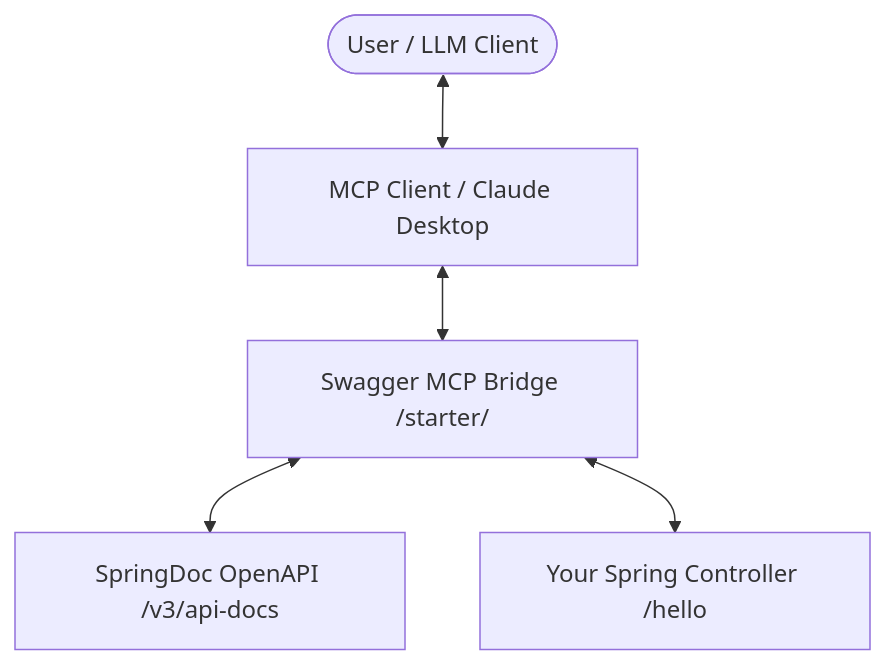
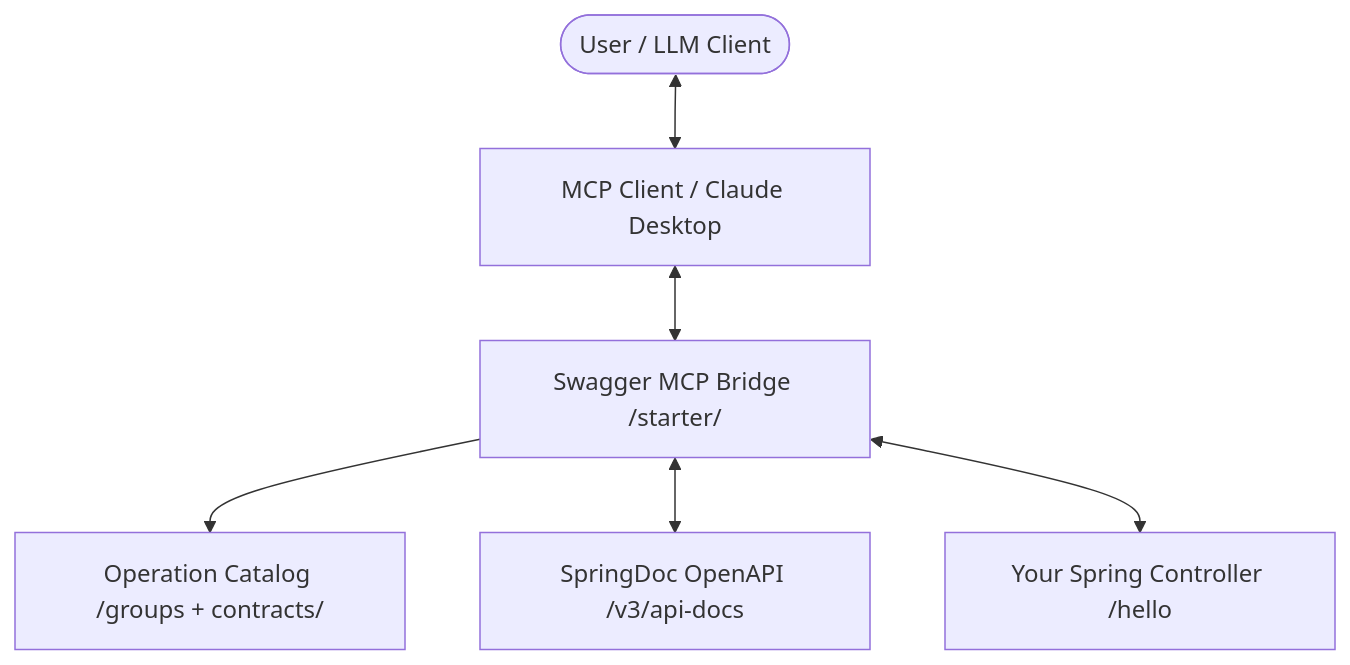
One commit to Neo1228/spring-boot-starter-swagger-mcp changed the diagram in README.md. Above: the diagram before and after it, drawn with Mermaid. The commit also changed other lines of this file and 6 other files, not shown here.

````diff
--- a/README.md
+++ b/README.md
@@ -23,7 +24,8 @@
 ```mermaid
 graph TD
     User([User / LLM Client]) <--> MCP[MCP Client / Claude Desktop]
     MCP <--> Bridge[Swagger MCP Bridge /starter/]
+    Bridge --> Catalog[Operation Catalog /groups + contracts/]
     Bridge <--> Docs[SpringDoc OpenAPI /v3/api-docs]
     Bridge <--> API[Your Spring Controller /hello]
 ```
````
